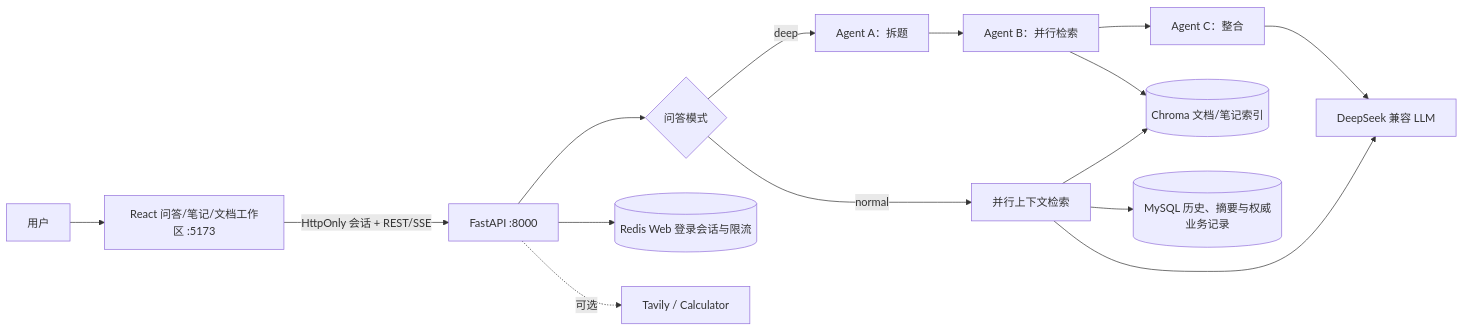
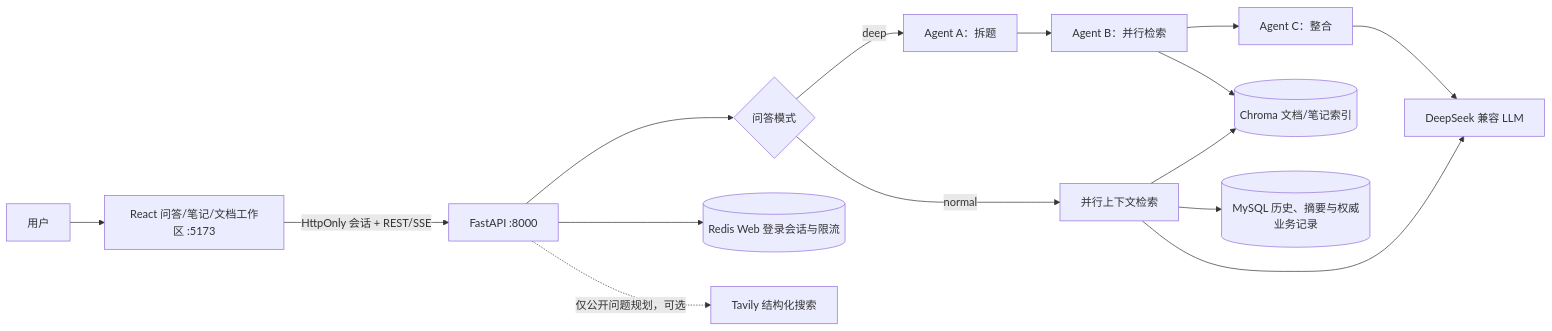
The diagram in README.md (louwangss/ai-knowledge-qa), drawn with Mermaid before and after one commit. The commit also changed other lines of this file and 25 other files, not shown here.

````diff
--- a/README.md
+++ b/README.md
@@ -18,19 +18,19 @@
 ```mermaid
 flowchart LR
     U["用户"] --> W["React 问答/笔记/文档工作区 :5173"]
     W -->|"HttpOnly 会话 + REST/SSE"| A["FastAPI :8000"]
 
     A --> M{"问答模式"}
     M -->|"normal"| R["并行上下文检索"]
     M -->|"deep"| D["Agent A：拆题"]
     D --> E["Agent B：并行检索"]
     E --> S["Agent C：整合"]
 
     R --> C[("Chroma 文档/笔记索引")]
     E --> C
     R --> MY[("MySQL 历史、摘要与权威业务记录")]
     A --> RE[("Redis Web 登录会话与限流")]
     R --> L["DeepSeek 兼容 LLM"]
     S --> L
-    A -. "可选" .-> T["Tavily / Calculator"]
+    A -. "仅公开问题规划，可选" .-> T["Tavily 结构化搜索"]
 ```
````
